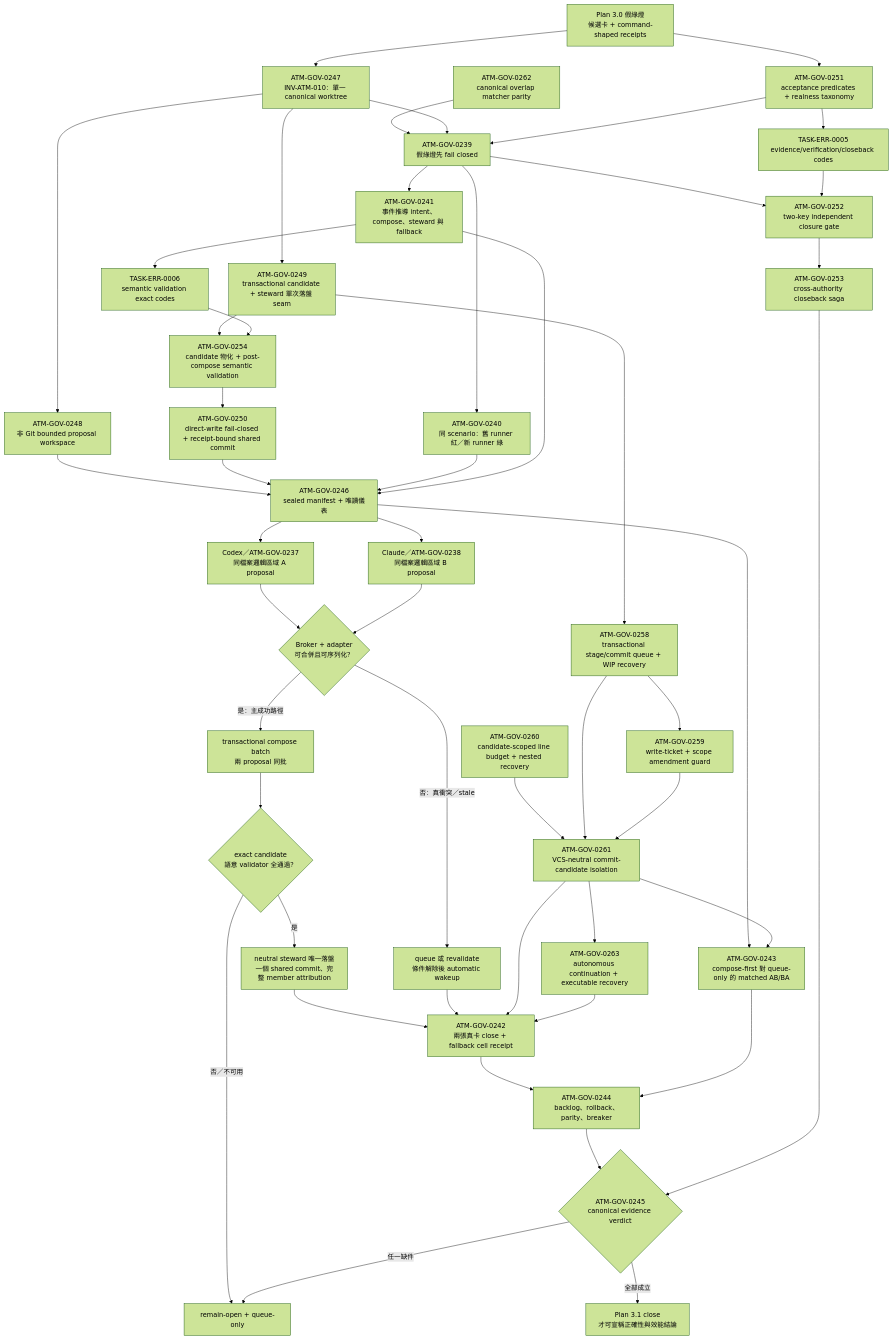
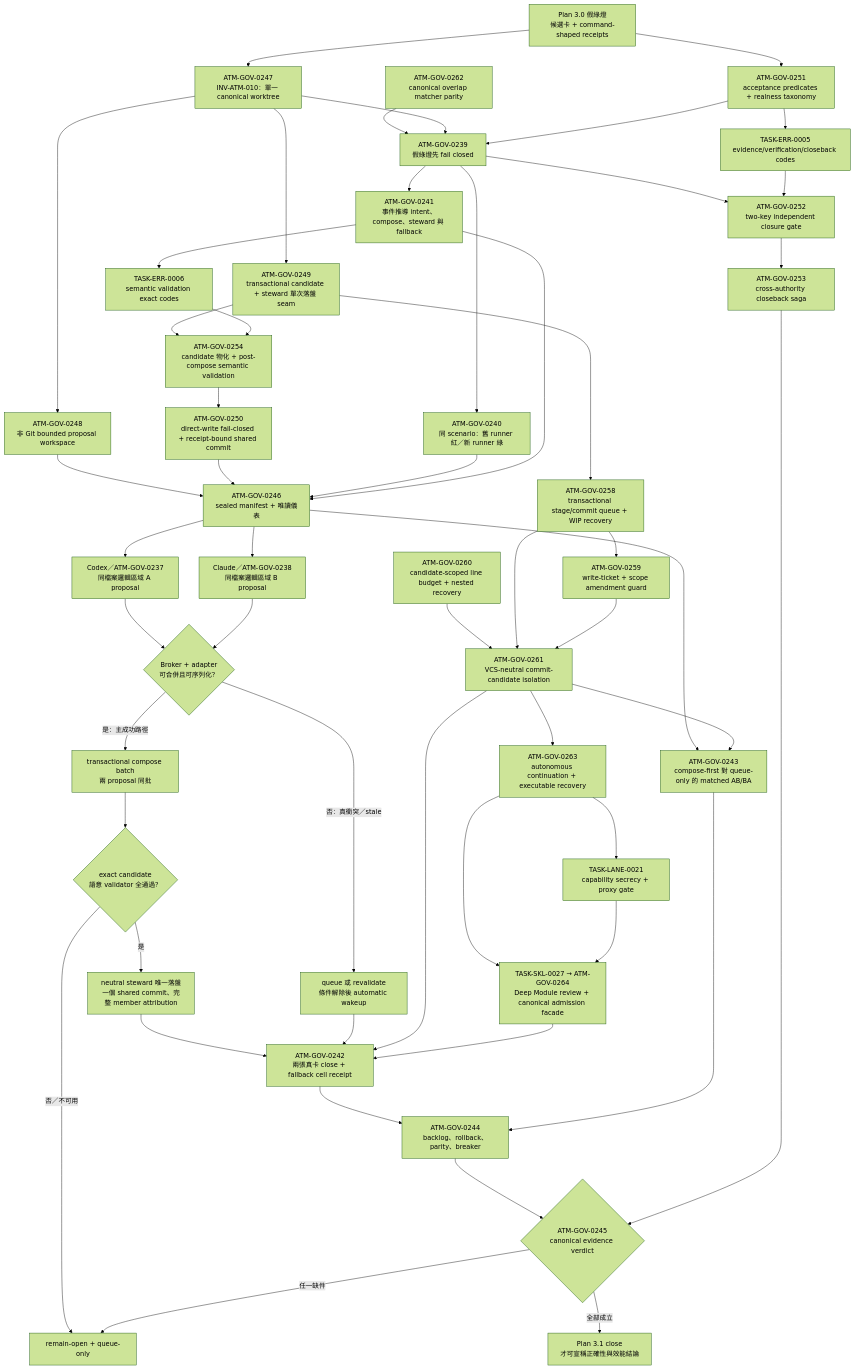
One commit to eaglhuang/3klife changed the first of 2 diagrams in docs/ai_atomic_framework/governance-optimization/end-to-end-auto-batch-performance-plan-v3.md. Above: the diagram before and after it, drawn with Mermaid (forest theme). The commit also changed other lines of this file and 8 other files, not shown here.

Commit message:
docs(plan3.1): add lane capability gate before canonical admission

````diff
--- a/docs/ai_atomic_framework/governance-optimization/end-to-end-auto-batch-performance-plan-v3.md
+++ b/docs/ai_atomic_framework/governance-optimization/end-to-end-auto-batch-performance-plan-v3.md
@@ -185,51 +209,54 @@
 ```mermaid
 flowchart TD
     A["Plan 3.0 假綠燈<br/>候選卡 + command-shaped receipts"] --> P["ATM-GOV-0247<br/>INV-ATM-010：單一 canonical worktree"]
     A --> EP["ATM-GOV-0251<br/>acceptance predicates + realness taxonomy"]
     EP --> EG["TASK-ERR-0005<br/>evidence/verification/closeback codes"]
     P --> W["ATM-GOV-0248<br/>非 Git bounded proposal workspace"]
     P --> TA["ATM-GOV-0249<br/>transactional candidate + steward 單次落盤 seam"]
     TA --> TQ["ATM-GOV-0258<br/>transactional stage/commit queue + WIP recovery"]
     TQ --> WT["ATM-GOV-0259<br/>write-ticket + scope amendment guard"]
     RC["ATM-GOV-0260<br/>candidate-scoped line budget + nested recovery"] --> CI["ATM-GOV-0261<br/>VCS-neutral commit-candidate isolation"]
     TQ --> CI
     WT --> CI
     BR["ATM-GOV-0262<br/>canonical overlap matcher parity"] --> C
     CI --> AR["ATM-GOV-0263<br/>autonomous continuation + executable recovery"]
+    AR --> LG["TASK-LANE-0021<br/>capability secrecy + proxy gate"]
+    AR --> AF["TASK-SKL-0027 → ATM-GOV-0264<br/>Deep Module review + canonical admission facade"]
+    LG --> AF
     E --> SE["TASK-ERR-0006<br/>semantic validation exact codes"]
     TA --> SV["ATM-GOV-0254<br/>candidate 物化 + post-compose semantic validation"]
     SE --> SV
     SV --> WG["ATM-GOV-0250<br/>direct-write fail-closed + receipt-bound shared commit"]
     P --> C["ATM-GOV-0239<br/>假綠燈先 fail closed"]
     EP --> C
     C --> VG["ATM-GOV-0252<br/>two-key independent closure gate"]
     EG --> VG
     C --> D["ATM-GOV-0240<br/>同 scenario：舊 runner 紅／新 runner 綠"]
     C --> E["ATM-GOV-0241<br/>事件推導 intent、compose、steward 與 fallback"]
     W --> L["ATM-GOV-0246<br/>sealed manifest + 唯讀儀表"]
     WG --> L
     D --> L
     E --> L
     L --> CA["Codex／ATM-GOV-0237<br/>同檔案邏輯區域 A proposal"]
     L --> CL["Claude／ATM-GOV-0238<br/>同檔案邏輯區域 B proposal"]
     CA --> B{"Broker + adapter<br/>可合併且可序列化？"}
     CL --> B
     B -->|"是：主成功路徑"| M["transactional compose batch<br/>兩 proposal 同批"]
     M --> V{"exact candidate<br/>語意 validator 全通過？"}
     V -->|"是"| S["neutral steward 唯一落盤<br/>一個 shared commit、完整 member attribution"]
     V -->|"否／不可用"| J
     B -->|"否：真衝突／stale"| Q["queue 或 revalidate<br/>條件解除後 automatic wakeup"]
     S --> F["ATM-GOV-0242<br/>兩張真卡 close + fallback cell receipt"]
     Q --> F
     L --> G["ATM-GOV-0243<br/>compose-first 對 queue-only 的 matched AB/BA"]
     CI --> F
     CI --> G
-    AR --> F
+    AF --> F
     F --> H["ATM-GOV-0244<br/>backlog、rollback、parity、breaker"]
     G --> H
     VG --> XS["ATM-GOV-0253<br/>cross-authority closeback saga"]
     H --> I{"ATM-GOV-0245<br/>canonical evidence verdict"}
     XS --> I
     I -->|"任一缺件"| J["remain-open + queue-only"]
     I -->|"全部成立"| K["Plan 3.1 close<br/>才可宣稱正確性與效能結論"]
 ```
````
